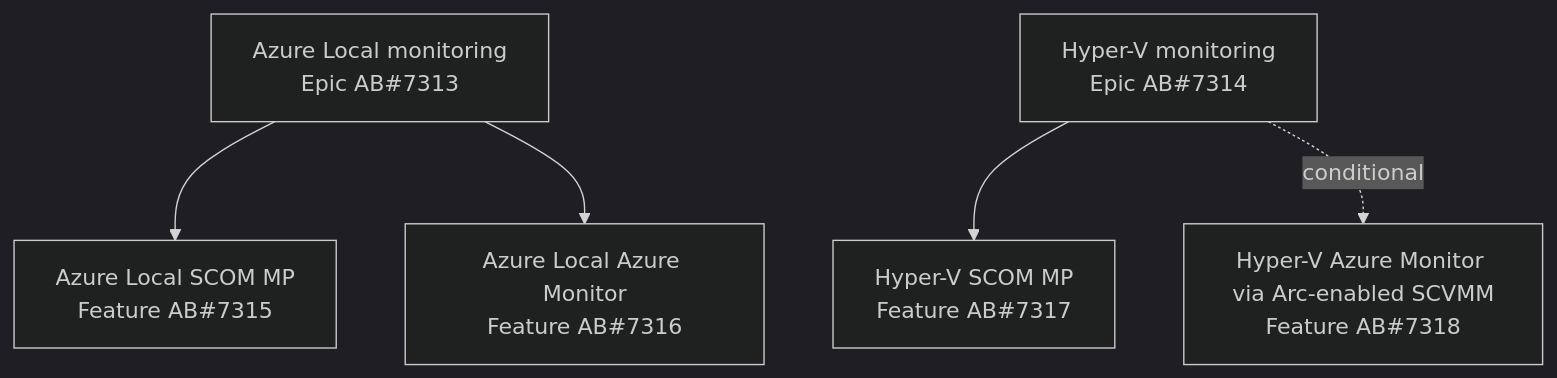
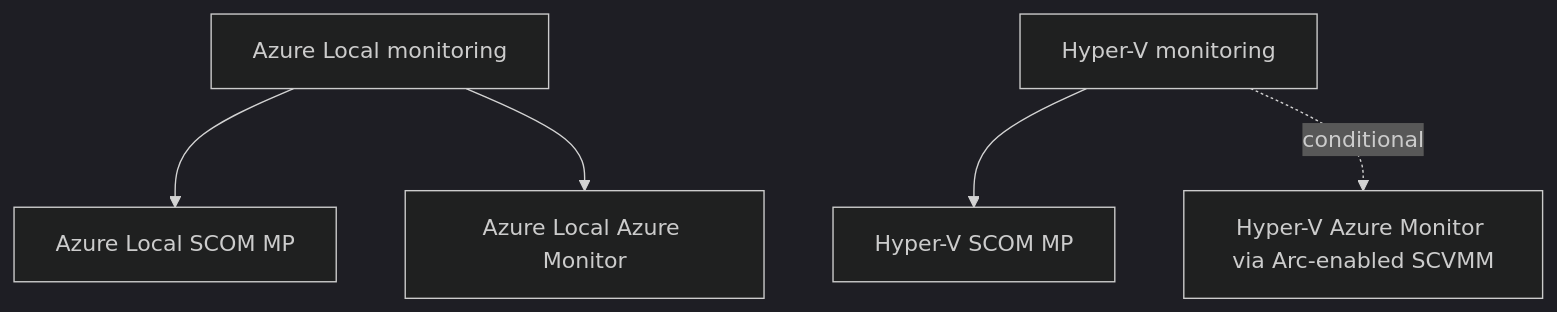
The diagram in docs/project/roadmap.md (AzureLocal/azurelocal-scom-mp), drawn with Mermaid (dark theme) before and after one commit. The commit also changed other lines of this file and 53 other files, not shown here.

````diff
--- a/docs/project/roadmap.md
+++ b/docs/project/roadmap.md
@@ -17,10 +14,10 @@
 ```mermaid
 flowchart TD
-    AZL[Azure Local monitoring<br/>Epic AB#7313]
-    AZL --> AZLS[Azure Local SCOM MP<br/>Feature AB#7315]
-    AZL --> AZLA[Azure Local Azure Monitor<br/>Feature AB#7316]
+    AZL[Azure Local monitoring]
+    AZL --> AZLS[Azure Local SCOM MP]
+    AZL --> AZLA[Azure Local Azure Monitor]
 
-    HV[Hyper-V monitoring<br/>Epic AB#7314]
-    HV --> HVS[Hyper-V SCOM MP<br/>Feature AB#7317]
-    HV -. conditional .-> HVA[Hyper-V Azure Monitor via Arc-enabled SCVMM<br/>Feature AB#7318]
+    HV[Hyper-V monitoring]
+    HV --> HVS[Hyper-V SCOM MP]
+    HV -. conditional .-> HVA[Hyper-V Azure Monitor via Arc-enabled SCVMM]
 ```
````
